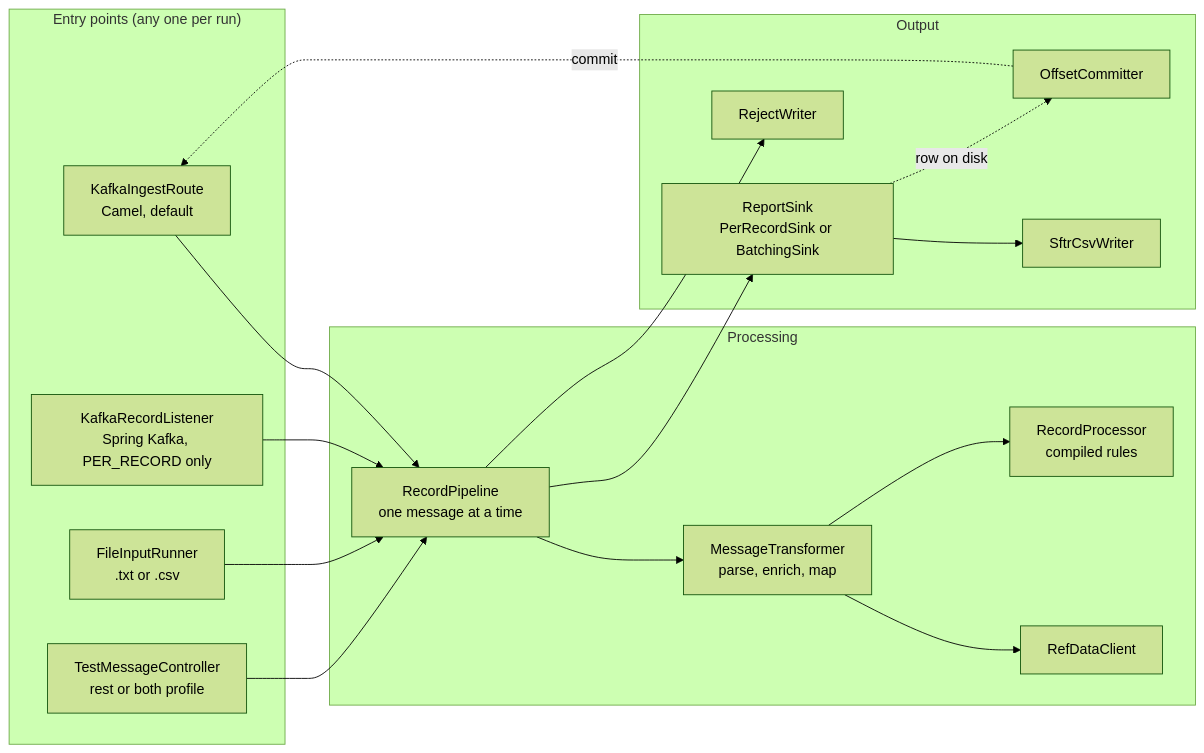
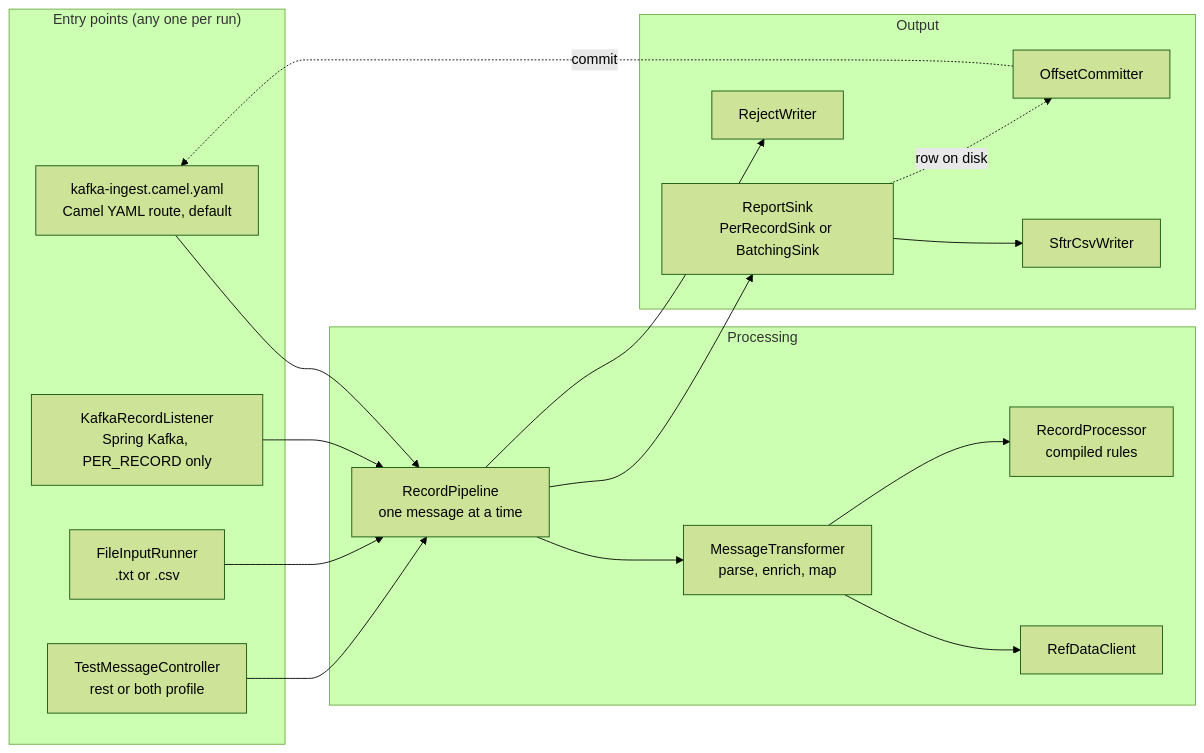
Before and after one commit to shanregs/msg-transformer: the diagram in docs/design-and-architecture.md, drawn with Mermaid (forest theme). The commit also changed other lines of this file and 8 other files, not shown here.

First line of the commit message:
Docs: message publisher, YAML Kafka route, mapper/ path

````diff
--- a/docs/design-and-architecture.md
+++ b/docs/design-and-architecture.md
@@ -31,33 +31,33 @@
 ```mermaid
 flowchart LR
     subgraph doors["Entry points (any one per run)"]
-        K["KafkaIngestRoute<br/>Camel, default"]
+        K["kafka-ingest.camel.yaml<br/>Camel YAML route, default"]
         L["KafkaRecordListener<br/>Spring Kafka, PER_RECORD only"]
         F["FileInputRunner<br/>.txt or .csv"]
         R["TestMessageController<br/>rest or both profile"]
     end
     subgraph core["Processing"]
         P["RecordPipeline<br/>one message at a time"]
         T["MessageTransformer<br/>parse, enrich, map"]
         RD["RefDataClient"]
         RP["RecordProcessor<br/>compiled rules"]
     end
     subgraph out["Output"]
         S["ReportSink<br/>PerRecordSink or BatchingSink"]
         W["SftrCsvWriter"]
         J["RejectWriter"]
         O["OffsetCommitter"]
     end
     K --> P
     L --> P
     F --> P
     R --> P
     P --> T
     T --> RD
     T --> RP
     P --> S
     P --> J
     S --> W
     S -.->|row on disk| O
     O -.->|commit| K
 ```
````
